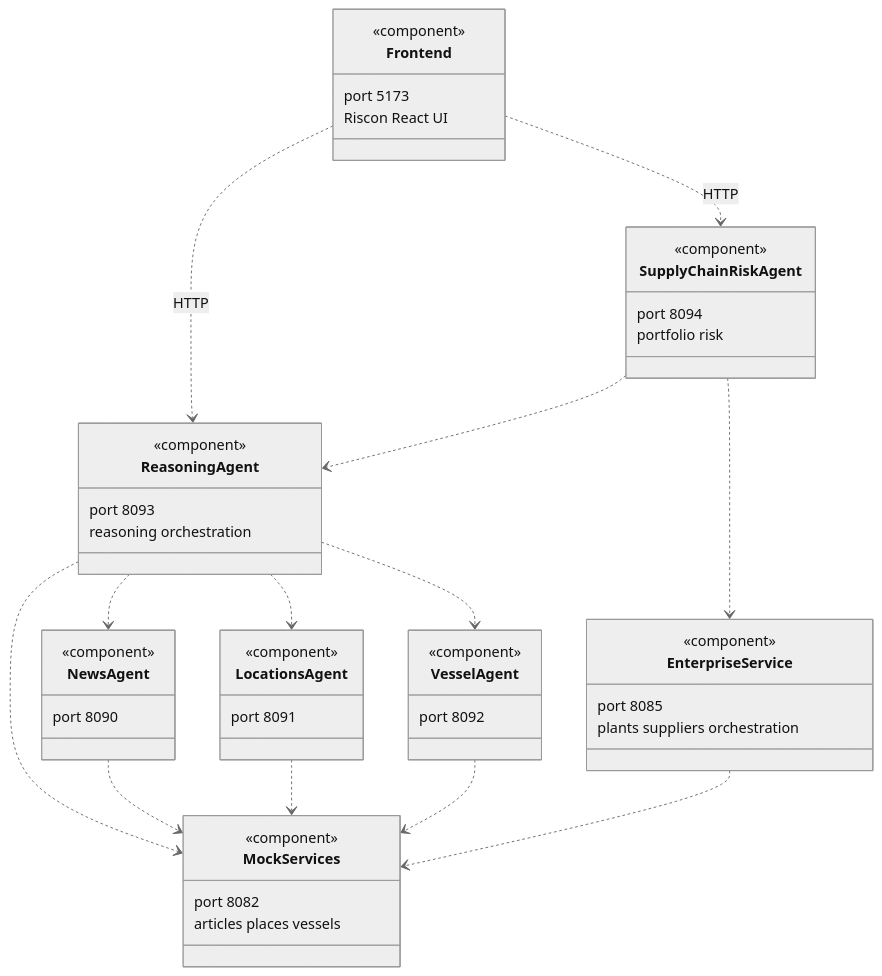
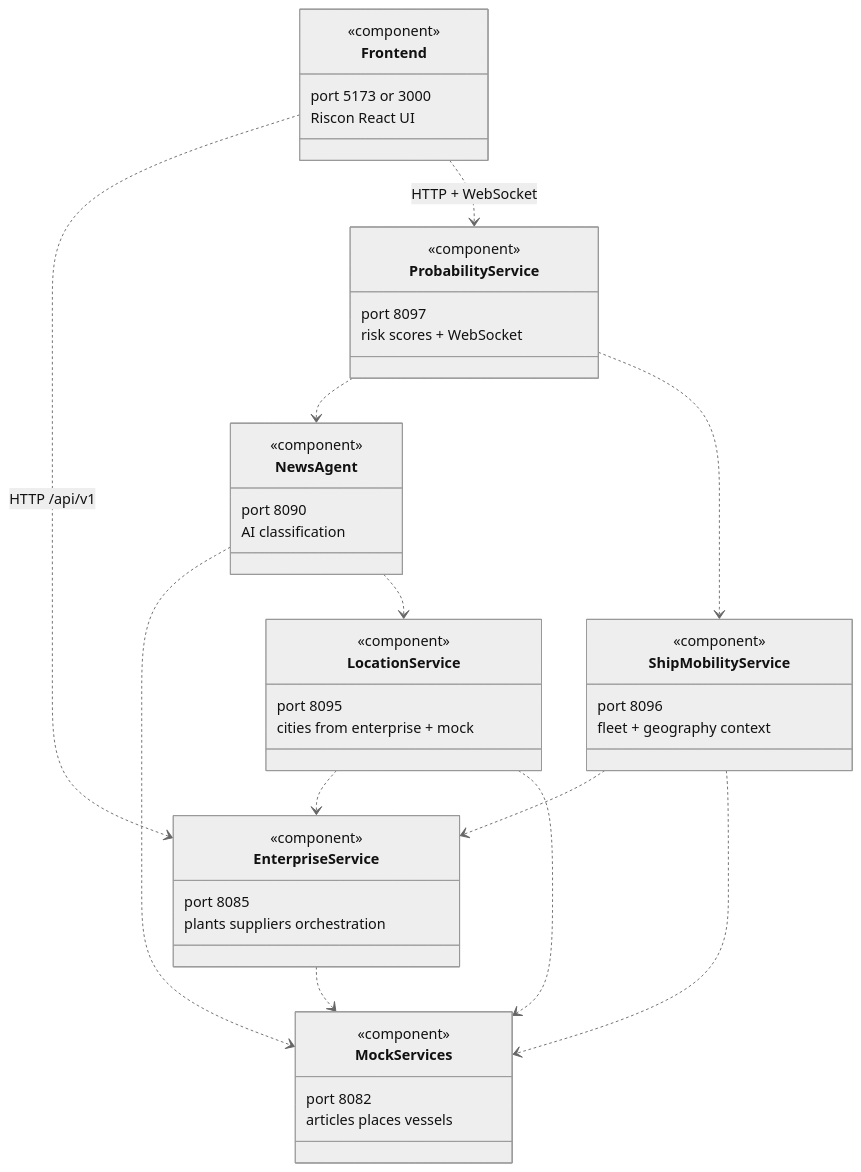
Before and after one commit to balajimurugesan2016/CursorHackathon: the first of 5 diagrams in README.md, drawn with Mermaid (neutral theme). The commit also changed other lines of this file and 1 other file, not shown here.

First line of the commit message:
docs: update README and agents documentation for service architecture and startup order

````diff
--- a/README.md
+++ b/README.md
@@ -25,62 +24,60 @@
 ```mermaid
 classDiagram
   direction TB
 
   class MockServices {
     <<component>>
     port 8082
     articles places vessels
   }
 
   class EnterpriseService {
     <<component>>
     port 8085
     plants suppliers orchestration
   }
 
   class NewsAgent {
     <<component>>
     port 8090
+    AI classification
   }
-  class LocationsAgent {
+  class LocationService {
     <<component>>
-    port 8091
+    port 8095
+    cities from enterprise + mock
   }
-  class VesselAgent {
+  class ShipMobilityService {
     <<component>>
-    port 8092
+    port 8096
+    fleet + geography context
   }
-  class ReasoningAgent {
+  class ProbabilityService {
     <<component>>
-    port 8093
-    reasoning orchestration
-  }
-  class SupplyChainRiskAgent {
-    <<component>>
-    port 8094
-    portfolio risk
+    port 8097
+    risk scores + WebSocket
   }
 
   class Frontend {
     <<component>>
-    port 5173
+    port 5173 or 3000
     Riscon React UI
   }
 
-  Frontend ..> ReasoningAgent : HTTP
-  Frontend ..> SupplyChainRiskAgent : HTTP
+  Frontend ..> EnterpriseService : HTTP /api/v1
+  Frontend ..> ProbabilityService : HTTP + WebSocket
 
-  ReasoningAgent ..> NewsAgent
-  ReasoningAgent ..> LocationsAgent
-  ReasoningAgent ..> VesselAgent
-  ReasoningAgent ..> MockServices
+  ProbabilityService ..> NewsAgent
+  ProbabilityService ..> ShipMobilityService
 
   NewsAgent ..> MockServices
-  LocationsAgent ..> MockServices
-  VesselAgent ..> MockServices
+  NewsAgent ..> LocationService
 
-  SupplyChainRiskAgent ..> EnterpriseService
-  SupplyChainRiskAgent ..> ReasoningAgent
+  LocationService ..> EnterpriseService
+  LocationService ..> MockServices
+
+  ShipMobilityService ..> EnterpriseService
+  ShipMobilityService ..> MockServices
 
   EnterpriseService ..> MockServices
 ```
````
